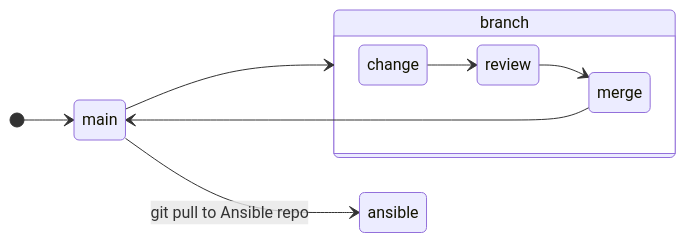
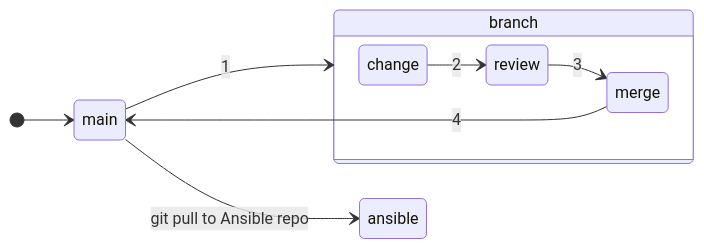
Before and after one commit to sdncoder/diagrams: the third of 3 diagrams in README.md, drawn with Mermaid. The commit also changed other lines of this file, not shown here.

````diff
--- a/README.md
+++ b/README.md
@@ -46,13 +46,13 @@
  ```mermaid
    stateDiagram
    direction LR
     [*] --> main
-    main --> branch
+    main --> branch : 1
     state branch {
     direction LR
-    change --> review 
-    review --> merge
+    change --> review : 2
+    review --> merge : 3
     }
-    merge --> main
+    merge --> main : 4
     main --> ansible : git pull to Ansible repo
  ```
````
